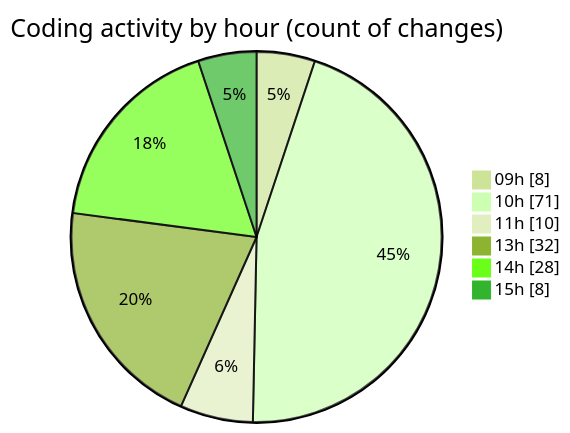
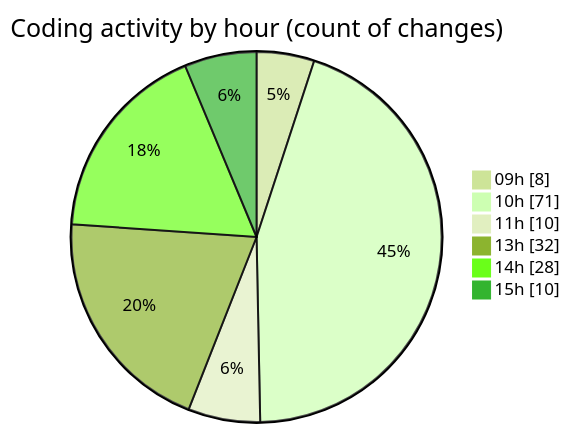
The second of 2 diagrams in 2025-06-03/ecodeli-1/README.md (CELIANVF/code-tracking), drawn with Mermaid (forest theme) before and after one commit. The commit also changed other lines of this file and 1 other file, not shown here.

````diff
--- a/2025-06-03/ecodeli-1/README.md
+++ b/2025-06-03/ecodeli-1/README.md
@@ -76,10 +76,10 @@
 ```mermaid
 pie showData
 title Coding activity by hour (count of changes)
 "09h" : 8
 "10h" : 71
 "11h" : 10
 "13h" : 32
 "14h" : 28
-"15h" : 8
+"15h" : 10
 ```
````
